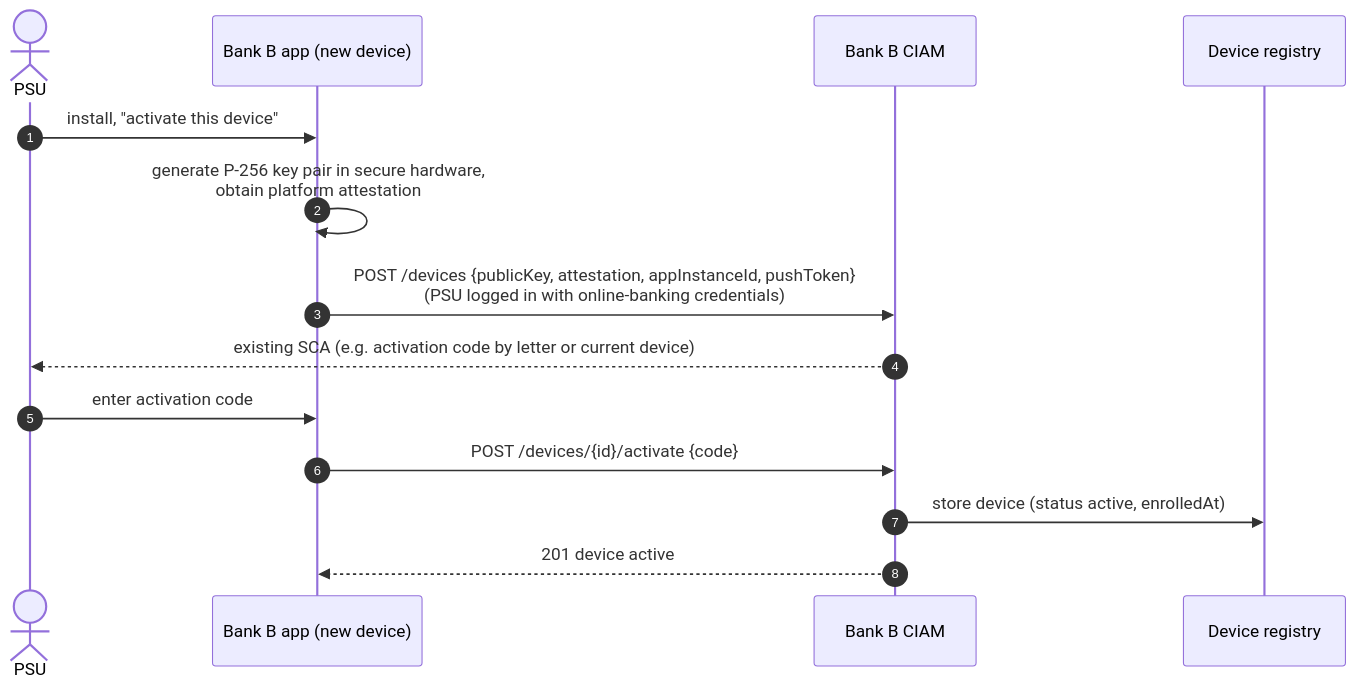
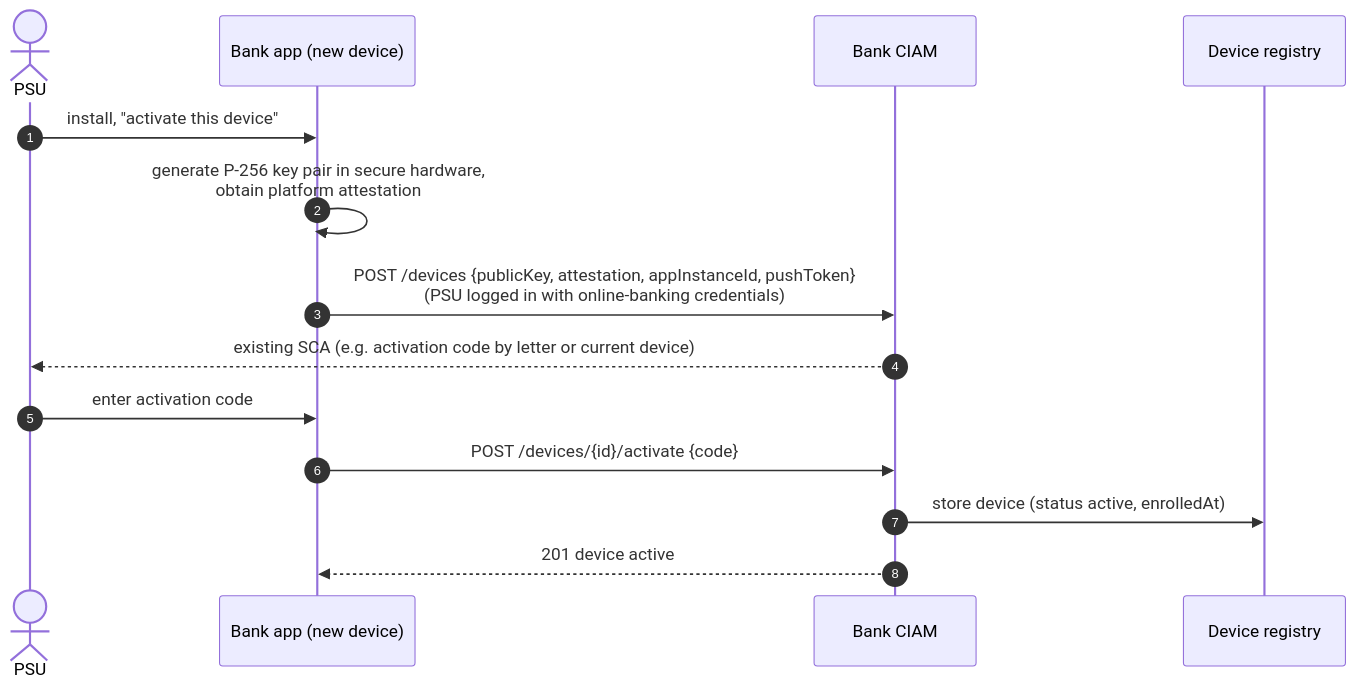
Before and after one commit to vondacho/psd2-sandbox: the second of 10 diagrams in docs/design/psu-account-list-journey.md, drawn with Mermaid. The commit also changed other lines of this file and 149 other files, not shown here.

````diff
--- a/docs/design/psu-account-list-journey.md
+++ b/docs/design/psu-account-list-journey.md
@@ -198,17 +198,17 @@
 ```mermaid
 sequenceDiagram
     autonumber
     actor PSU
-    participant App as Bank B app (new device)
-    participant CIAM as Bank B CIAM
+    participant App as Bank app (new device)
+    participant CIAM as Bank CIAM
     participant Reg as Device registry
 
     PSU->>App: install, "activate this device"
     App->>App: generate P-256 key pair in secure hardware,<br/>obtain platform attestation
     App->>CIAM: POST /devices {publicKey, attestation, appInstanceId, pushToken}<br/>(PSU logged in with online-banking credentials)
     CIAM-->>PSU: existing SCA (e.g. activation code by letter or current device)
     PSU->>App: enter activation code
     App->>CIAM: POST /devices/{id}/activate {code}
     CIAM->>Reg: store device (status active, enrolledAt)
     CIAM-->>App: 201 device active
 ```
````
